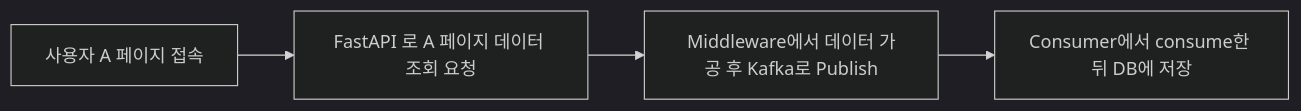
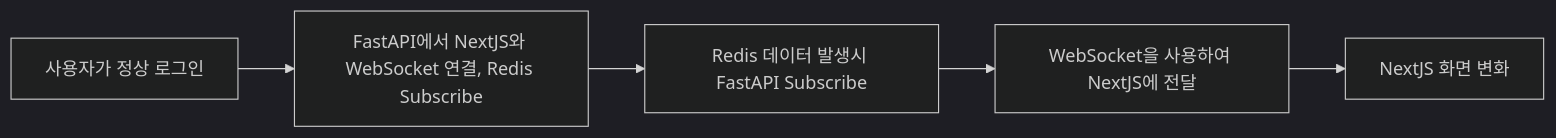
The second of 2 diagrams in infra/user_noti.md (eft-library/eft-library-history), drawn with Mermaid (dark theme) before and after one commit. The commit also changed other lines of this file and 1 other file, not shown here.

Commit message:
사용자 알람 내용 추가

````diff
--- a/infra/user_noti.md
+++ b/infra/user_noti.md
@@ -28,4 +38,5 @@
 ```mermaid
 graph LR
-A[사용자 A 페이지 접속] --> B[FastAPI 로 A 페이지 데이터 조회 요청] --> C[Middleware에서 데이터 가공 후 Kafka로 Publish] --> D[Consumer에서 consume한 뒤 DB에 저장]
+A[사용자가 정상 로그인] --> B[FastAPI에서 NextJS와 WebSocket 연결, Redis Subscribe] --> C[Redis 데이터 발생시 FastAPI Subscribe]
+--> D[WebSocket을 사용하여 NextJS에 전달] --> E[NextJS 화면 변화]
 ```
````
